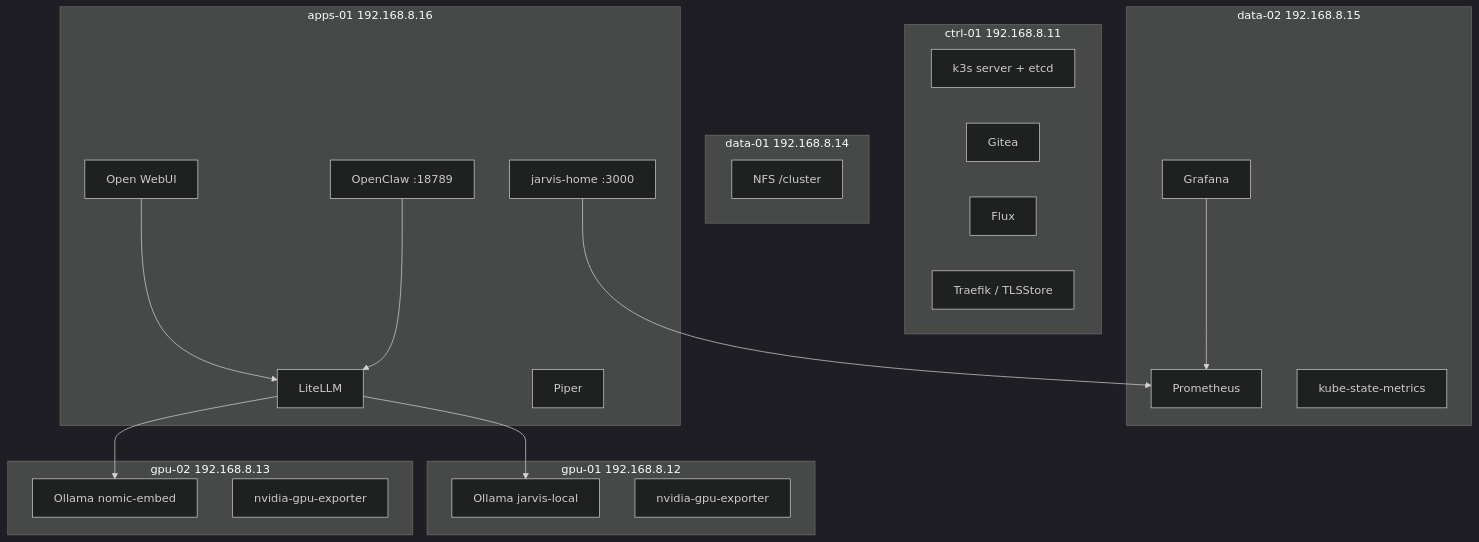
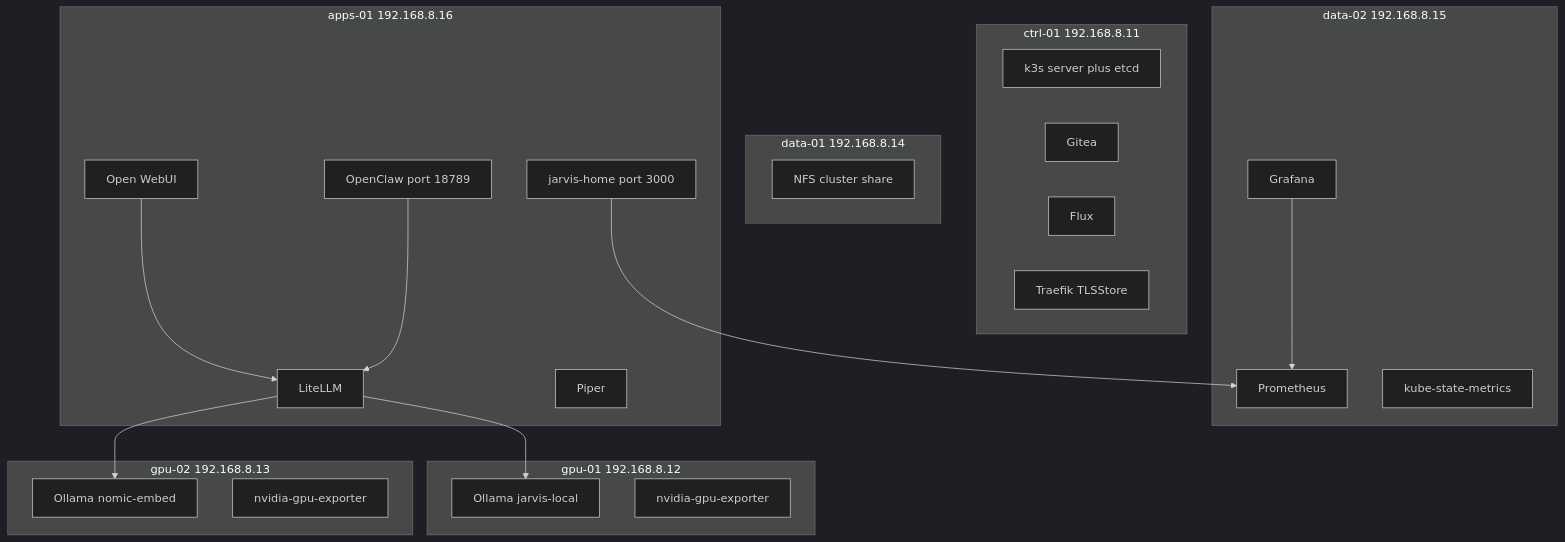
One commit to gordoncooper/jarvis-cluster changed the second of 2 diagrams in README.md. Above: the diagram before and after it, drawn with Mermaid (dark theme). The commit also changed other lines of this file, not shown here.

Commit message:
docs: mermaid diagrams GitHub can render (cluster)

````diff
--- a/README.md
+++ b/README.md
@@ -39,38 +37,38 @@
 ```mermaid
 flowchart TB
-  subgraph ctrl["ctrl-01  192.168.8.11"]
-    k3s[k3s server + etcd]
-    gitea[Gitea]
-    flux[Flux]
-    traefik[Traefik / TLSStore]
+  subgraph nctrl["ctrl-01 192.168.8.11"]
+    k3s["k3s server plus etcd"]
+    giteaN["Gitea"]
+    flux["Flux"]
+    traefik["Traefik TLSStore"]
   end
-  subgraph gpu1["gpu-01  192.168.8.12"]
-    ollama[Ollama jarvis-local]
-    gex1[nvidia-gpu-exporter]
+  subgraph ngpu1["gpu-01 192.168.8.12"]
+    ollama["Ollama jarvis-local"]
+    gex1["nvidia-gpu-exporter"]
   end
-  subgraph gpu2["gpu-02  192.168.8.13"]
-    embed[Ollama nomic-embed]
-    gex2[nvidia-gpu-exporter]
+  subgraph ngpu2["gpu-02 192.168.8.13"]
+    embed["Ollama nomic-embed"]
+    gex2["nvidia-gpu-exporter"]
   end
-  subgraph data1["data-01  192.168.8.14"]
-    nfs[NFS /cluster]
+  subgraph ndata1["data-01 192.168.8.14"]
+    nfs["NFS cluster share"]
   end
-  subgraph data2["data-02  192.168.8.15"]
-    prom[Prometheus]
-    graf[Grafana]
-    ksm[kube-state-metrics]
+  subgraph ndata2["data-02 192.168.8.15"]
+    prom["Prometheus"]
+    graf["Grafana"]
+    ksm["kube-state-metrics"]
   end
-  subgraph apps["apps-01  192.168.8.16"]
-    webui[Open WebUI]
-    litellm[LiteLLM]
-    piper[Piper]
-    claw[OpenClaw :18789]
-    home[jarvis-home :3000]
+  subgraph napps["apps-01 192.168.8.16"]
+    webui["Open WebUI"]
+    litellm["LiteLLM"]
+    piper["Piper"]
+    claw["OpenClaw port 18789"]
+    home["jarvis-home port 3000"]
   end
   webui --> litellm
   claw --> litellm
   litellm --> ollama
   litellm --> embed
   home --> prom
   graf --> prom
 ```
````
